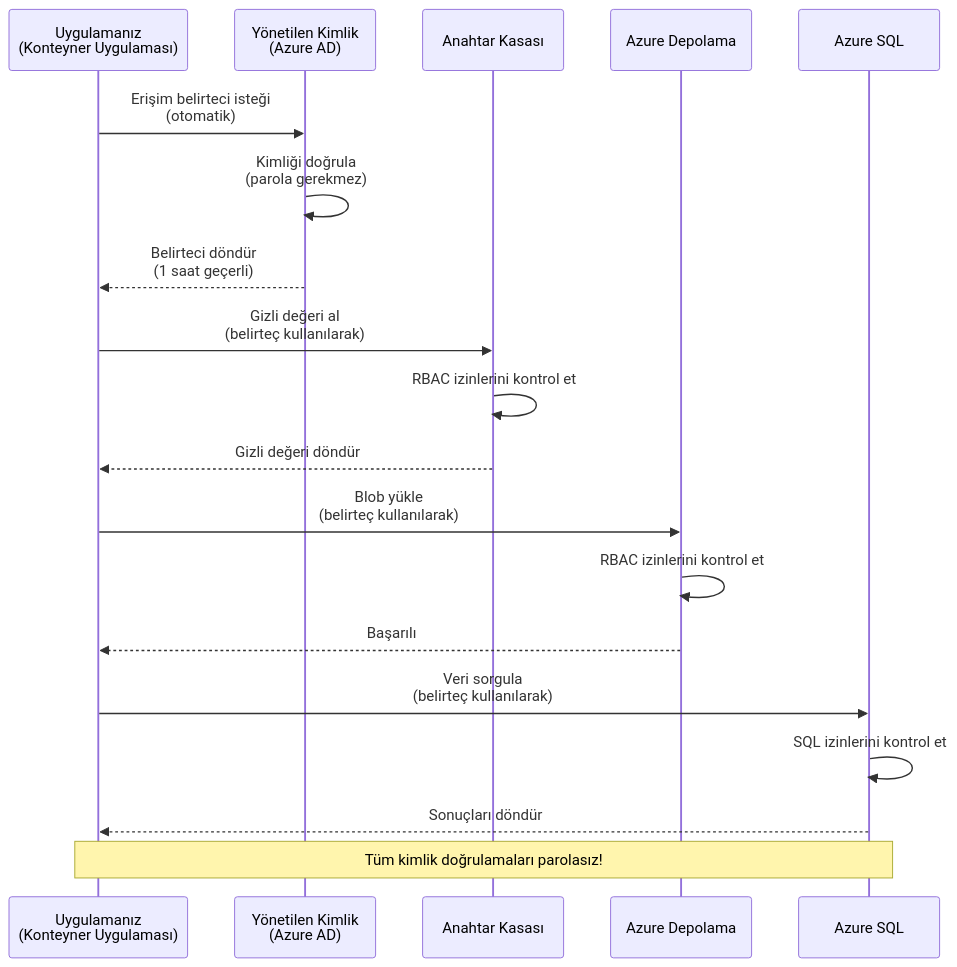
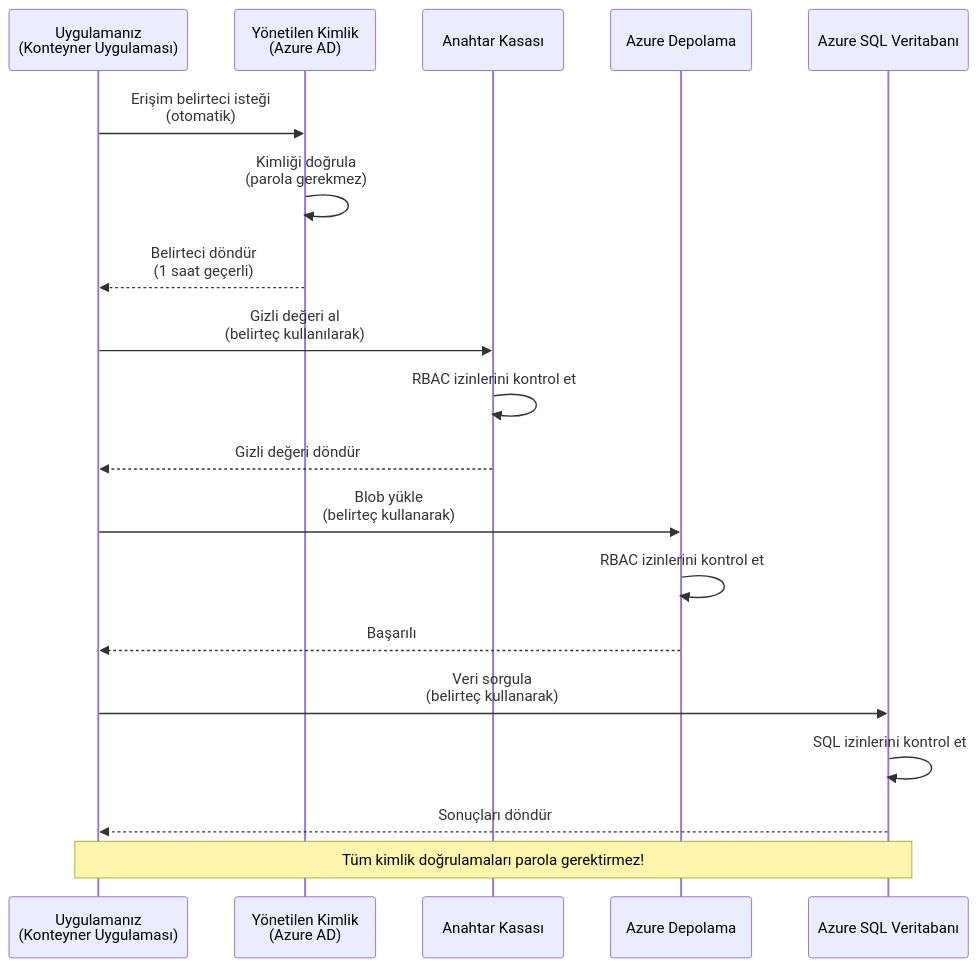
Before and after one commit to microsoft/AZD-for-beginners: the first of 2 diagrams in translations/tr/docs/chapter-03-configuration/authsecurity.md, drawn with Mermaid. The commit also changed other lines of this file and 101 other files, not shown here.

````diff
--- a/translations/tr/docs/chapter-03-configuration/authsecurity.md
+++ b/translations/tr/docs/chapter-03-configuration/authsecurity.md
@@ -69,26 +69,26 @@
 ```mermaid
 sequenceDiagram
     participant App as Uygulamanız<br/>(Konteyner Uygulaması)
     participant MI as Yönetilen Kimlik<br/>(Azure AD)
     participant KV as Anahtar Kasası
     participant Storage as Azure Depolama
-    participant DB as Azure SQL
+    participant DB as Azure SQL Veritabanı
     
     App->>MI: Erişim belirteci isteği<br/>(otomatik)
     MI->>MI: Kimliği doğrula<br/>(parola gerekmez)
     MI-->>App: Belirteci döndür<br/>(1 saat geçerli)
     
     App->>KV: Gizli değeri al<br/>(belirteç kullanılarak)
     KV->>KV: RBAC izinlerini kontrol et
     KV-->>App: Gizli değeri döndür
     
-    App->>Storage: Blob yükle<br/>(belirteç kullanılarak)
+    App->>Storage: Blob yükle<br/>(belirteç kullanarak)
     Storage->>Storage: RBAC izinlerini kontrol et
     Storage-->>App: Başarılı
     
-    App->>DB: Veri sorgula<br/>(belirteç kullanılarak)
+    App->>DB: Veri sorgula<br/>(belirteç kullanarak)
     DB->>DB: SQL izinlerini kontrol et
     DB-->>App: Sonuçları döndür
     
-    Note over App,DB: Tüm kimlik doğrulamaları parolasız!
+    Note over App,DB: Tüm kimlik doğrulamaları parola gerektirmez!
 ```
````
